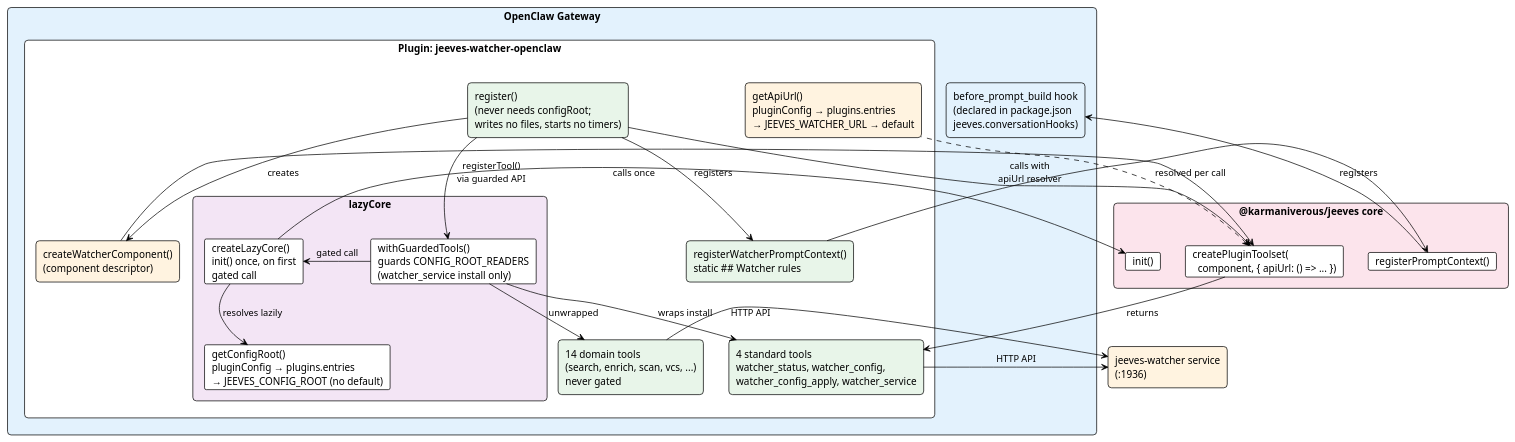
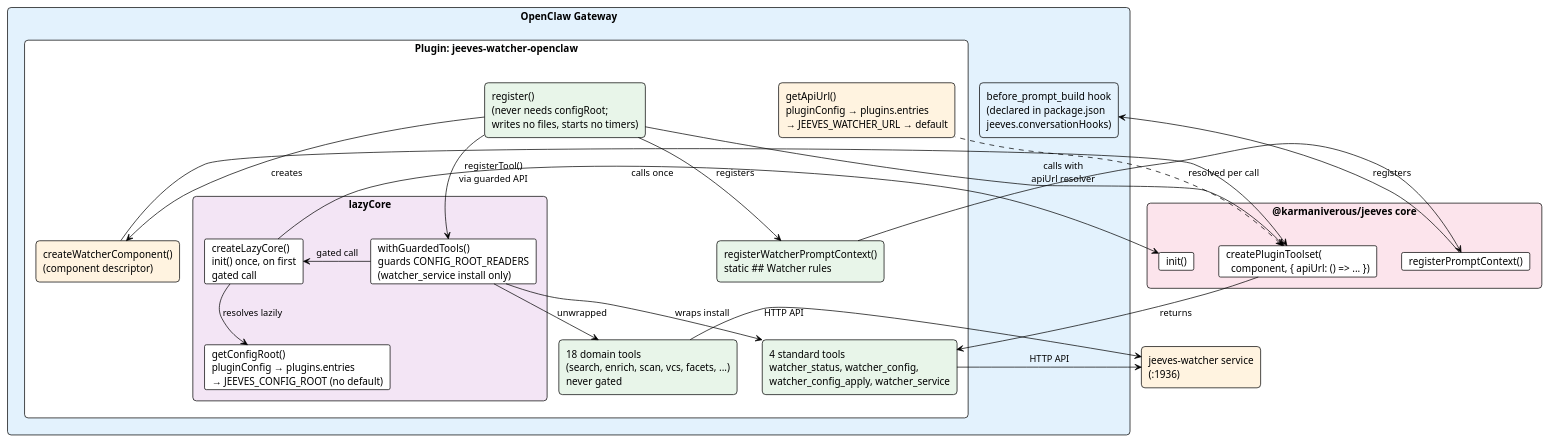
Before and after one commit to karmaniverous/jeeves-watcher: the diagram in packages/openclaw/diagrams/plugin-architecture.pu, drawn with PlantUML. The commit also changed 1 other file, not shown here.

Commit message:
docs(openclaw): architecture diagram says 18 domain tools

```diff
--- a/packages/openclaw/diagrams/plugin-architecture.pu
+++ b/packages/openclaw/diagrams/plugin-architecture.pu
@@ -1,52 +1,52 @@
 @startuml plugin-architecture
 !theme plain
 skinparam backgroundColor white
 skinparam defaultFontName Arial
 skinparam rectangle {
   RoundCorner 10
 }
 
 rectangle "OpenClaw Gateway" as gateway #e3f2fd {
   rectangle "Plugin: jeeves-watcher-openclaw" as plugin {
     rectangle "register()\n(never needs configRoot;\nwrites no files, starts no timers)" as reg #e8f5e9
     rectangle "createWatcherComponent()\n(component descriptor)" as component #fff3e0
     rectangle "getApiUrl()\npluginConfig → plugins.entries\n→ JEEVES_WATCHER_URL → default" as apiurl #fff3e0
     rectangle "lazyCore" as lazy #f3e5f5 {
       card "withGuardedTools()\nguards CONFIG_ROOT_READERS\n(watcher_service install only)" as guard
       card "createLazyCore()\ninit() once, on first\ngated call" as ensure
       card "getConfigRoot()\npluginConfig → plugins.entries\n→ JEEVES_CONFIG_ROOT (no default)" as cfgroot
     }
     rectangle "4 standard tools\nwatcher_status, watcher_config,\nwatcher_config_apply, watcher_service" as stdtools #e8f5e9
-    rectangle "14 domain tools\n(search, enrich, scan, vcs, ...)\nnever gated" as domtools #e8f5e9
+    rectangle "18 domain tools\n(search, enrich, scan, vcs, facets, ...)\nnever gated" as domtools #e8f5e9
     rectangle "registerWatcherPromptContext()\nstatic ## Watcher rules" as prompt #e8f5e9
   }
   rectangle "before_prompt_build hook\n(declared in package.json\njeeves.conversationHooks)" as hook #e3f2fd
 }
 
 rectangle "@karmaniverous/jeeves core" as core #fce4ec {
   card "createPluginToolset(\n  component, { apiUrl: () => ... })" as cpt
   card "registerPromptContext()" as rpc
   card "init()" as init
 }
 
 rectangle "jeeves-watcher service\n(:1936)" as watcher #fff3e0
 
 reg -down-> component : creates
 reg -down-> cpt : calls with\napiUrl resolver
 component -right-> cpt
 apiurl .up.> cpt : resolved per call
 cpt -down-> stdtools : returns
 reg -down-> guard : registerTool()\nvia guarded API
 guard -down-> stdtools : wraps install
 guard -down-> domtools : unwrapped
 guard -right-> ensure : gated call
 ensure -down-> cfgroot : resolves lazily
 ensure -right-> init : calls once
 
 reg -down-> prompt : registers
 prompt -down-> rpc
 rpc -up-> hook : registers
 
 stdtools -right-> watcher : HTTP API
 domtools -right-> watcher : HTTP API
 @enduml
```
